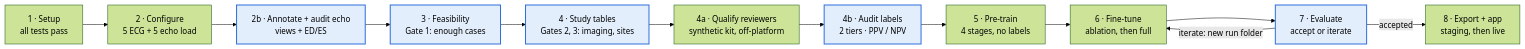
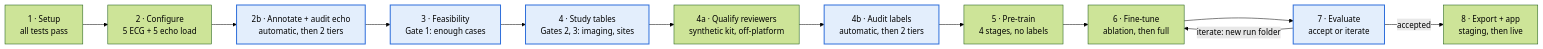
One commit to cardioailive1/womens-cvd changed the diagram in ml/RUNBOOK.md. Above: the diagram before and after it, drawn with Mermaid (forest theme). The commit also changed other lines of this file and 7 other files, not shown here.

First line of the commit message:
Make the automatic audit a required step before both review tiers

````diff
--- a/ml/RUNBOOK.md
+++ b/ml/RUNBOOK.md
@@ -9,15 +9,15 @@
 ```mermaid
 flowchart LR
     S1["1 · Setup<br/>all tests pass"] --> S2["2 · Configure<br/>5 ECG + 5 echo load"]
-    S2 --> S2b["2b · Annotate + audit echo<br/>views + ED/ES"]
+    S2 --> S2b["2b · Annotate + audit echo<br/>automatic, then 2 tiers"]
     S2b --> S3["3 · Feasibility<br/>Gate 1: enough cases"]
     S3 --> S4["4 · Study tables<br/>Gates 2, 3: imaging, sites"]
-    S4 --> S4a["4a · Qualify reviewers<br/>synthetic kit, off-platform"] --> S4b["4b · Audit labels<br/>2 tiers · PPV / NPV"]
+    S4 --> S4a["4a · Qualify reviewers<br/>synthetic kit, off-platform"] --> S4b["4b · Audit labels<br/>automatic, then 2 tiers"]
     S4b --> S5["5 · Pre-train<br/>4 stages, no labels"]
     S5 --> S6["6 · Fine-tune<br/>ablation, then full"]
     S6 --> S7["7 · Evaluate<br/>accept or iterate"]
     S7 -- "iterate: new run folder" --> S6
     S7 -- accepted --> S8["8 · Export + app<br/>staging, then live"]
     classDef gate fill:#e3eefc,stroke:#2f6fdb,stroke-width:2px;
     class S2b,S3,S4,S4b,S7 gate;
 ```
````
